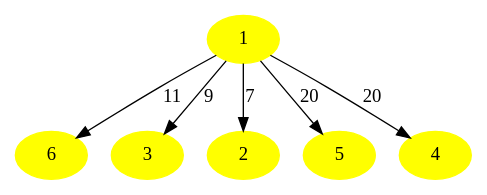
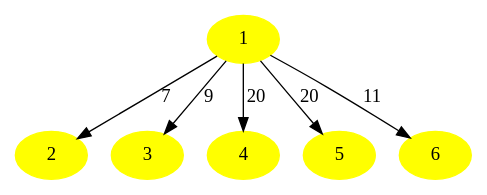
One commit to KorovinVA/CompMath changed the diagram in algorithm/examples/Result001_Dijkstra.dot. Above: the diagram before and after it, drawn with Graphviz. The commit also changed 13 other files, not shown here.

Commit message:
rewrite Graph architecture

```diff
--- a/algorithm/examples/Result001_Dijkstra.dot
+++ b/algorithm/examples/Result001_Dijkstra.dot
@@ -1,14 +1,14 @@
 digraph G{ 
 node [style=filled, fontcolor=black];
 n0[label="1", color=yellow];
-n1[label="6", color=yellow];
+n1[label="2", color=yellow];
 n2[label="3", color=yellow];
-n3[label="2", color=yellow];
+n3[label="4", color=yellow];
 n4[label="5", color=yellow];
-n5[label="4", color=yellow];
-n0 -> n1 [label="11"]
-n0 -> n2 [label="9"]
-n0 -> n3 [label="7"]
-n0 -> n4 [label="20"]
-n0 -> n5 [label="20"]
+n5[label="6", color=yellow];
+n0 -> n1 [label="7"];
+n0 -> n2 [label="9"];
+n0 -> n3 [label="20"];
+n0 -> n4 [label="20"];
+n0 -> n5 [label="11"];
 }
```
